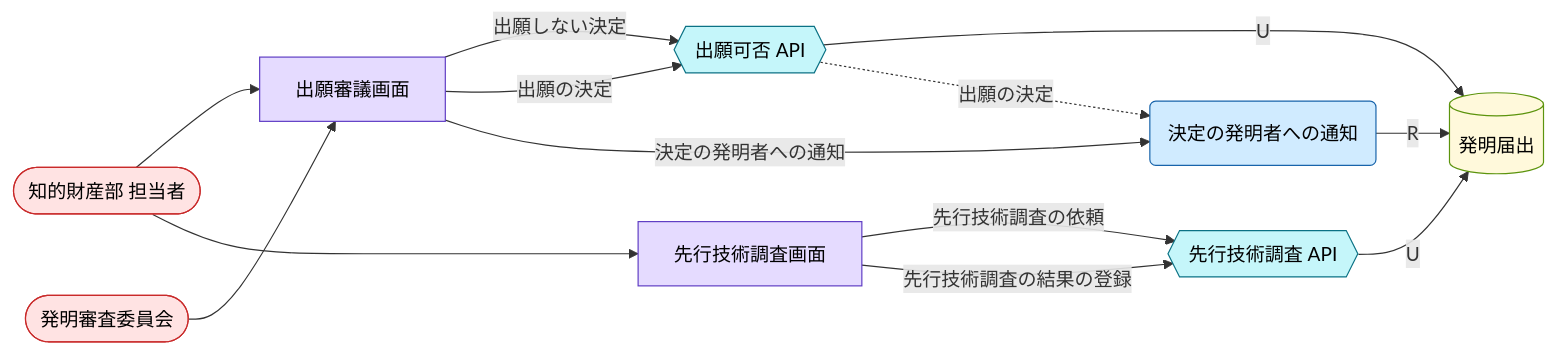
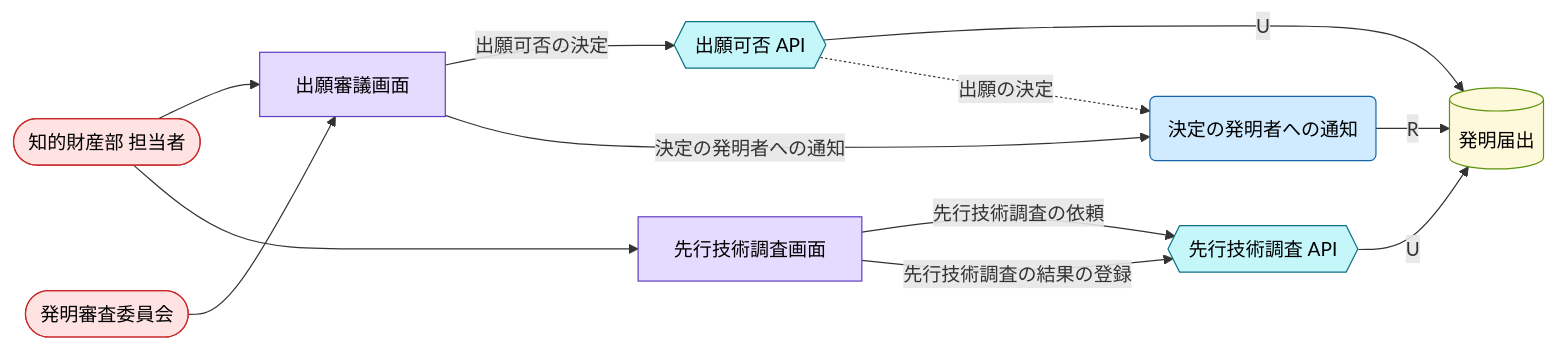
One commit to manji-0/rdra-ish-dsl changed the diagram in samples/patent-ops/out/buc/robustness_filing_decision.mmd. Above: the diagram before and after it, drawn with Mermaid. The commit also changed 58 other files, not shown here.

```diff
--- a/samples/patent-ops/out/buc/robustness_filing_decision.mmd
+++ b/samples/patent-ops/out/buc/robustness_filing_decision.mmd
@@ -1,29 +1,28 @@
 %% rdra-ish diagram=robustness scope=buc:BucFilingDecision model=samples/patent-ops
 %% kinds: actor screen api usecase entity
 %% omitted: buc step medium permission event condition
 flowchart LR
   actor__IpStaff(["知的財産部 担当者"]):::actor
   actor__ReviewCommittee(["発明審査委員会"]):::actor
   screen__FilingDecisionScreen["出願審議画面"]:::screen
   screen__PriorArtSearchScreen["先行技術調査画面"]:::screen
   api__FilingDecisionApi{{"出願可否 API"}}:::api
   api__PriorArtSearchApi{{"先行技術調査 API"}}:::api
   usecase__NotifyInventorOfDecision("決定の発明者への通知"):::usecase
   entity__InventionDisclosure[("発明届出")]:::entity
   actor__IpStaff --> screen__FilingDecisionScreen
   actor__IpStaff --> screen__PriorArtSearchScreen
   actor__ReviewCommittee --> screen__FilingDecisionScreen
   api__FilingDecisionApi -->|U| entity__InventionDisclosure
   api__FilingDecisionApi -.->|出願の決定| usecase__NotifyInventorOfDecision
   api__PriorArtSearchApi -->|U| entity__InventionDisclosure
-  screen__FilingDecisionScreen -->|出願しない決定| api__FilingDecisionApi
-  screen__FilingDecisionScreen -->|出願の決定| api__FilingDecisionApi
+  screen__FilingDecisionScreen -->|出願可否の決定| api__FilingDecisionApi
   screen__FilingDecisionScreen -->|決定の発明者への通知| usecase__NotifyInventorOfDecision
   screen__PriorArtSearchScreen -->|先行技術調査の依頼| api__PriorArtSearchApi
   screen__PriorArtSearchScreen -->|先行技術調査の結果の登録| api__PriorArtSearchApi
   usecase__NotifyInventorOfDecision -->|R| entity__InventionDisclosure
   classDef actor fill:#ffe3e3,stroke:#c92a2a,color:#000;
   classDef screen fill:#e5dbff,stroke:#5f3dc4,color:#000;
   classDef api fill:#c5f6fa,stroke:#0b7285,color:#000;
   classDef usecase fill:#d0ebff,stroke:#1864ab,color:#000;
   classDef entity fill:#fff9db,stroke:#5c940d,color:#000;
```
